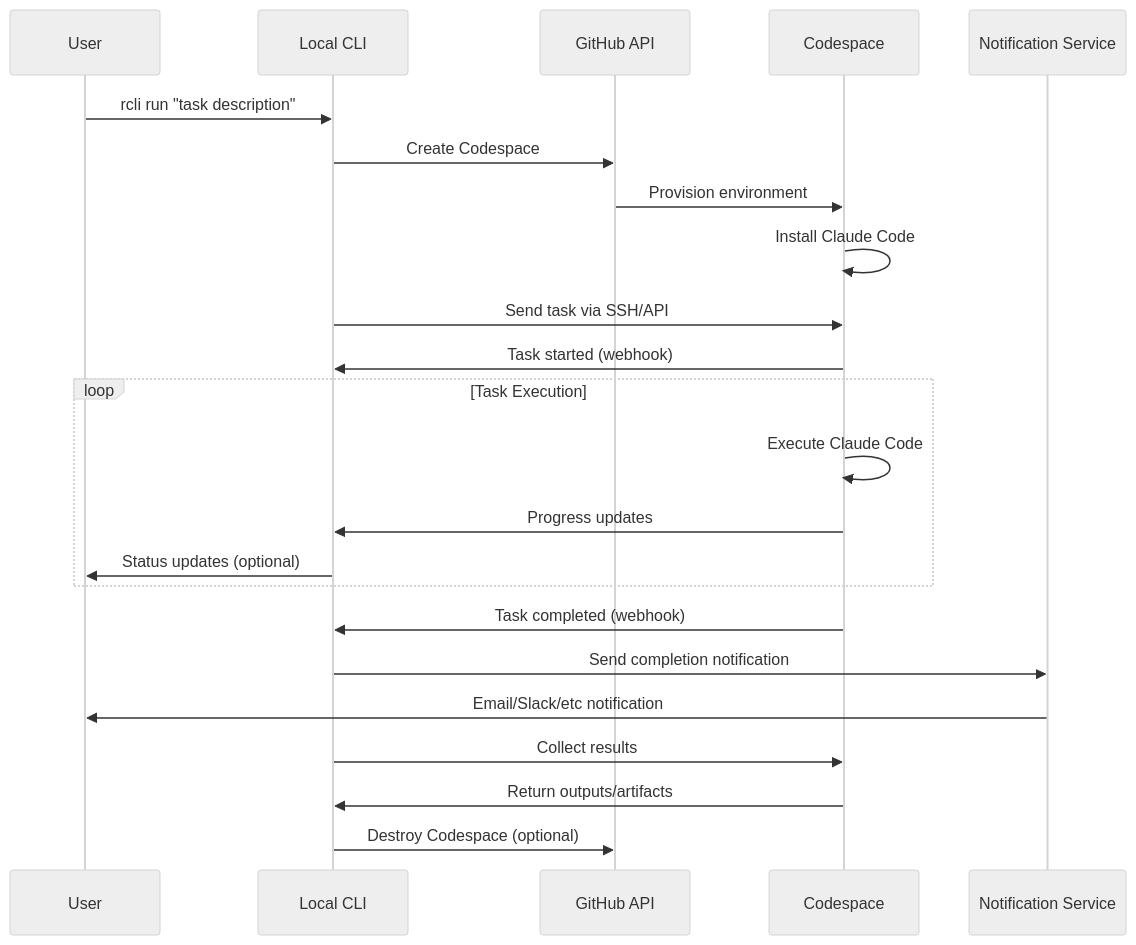
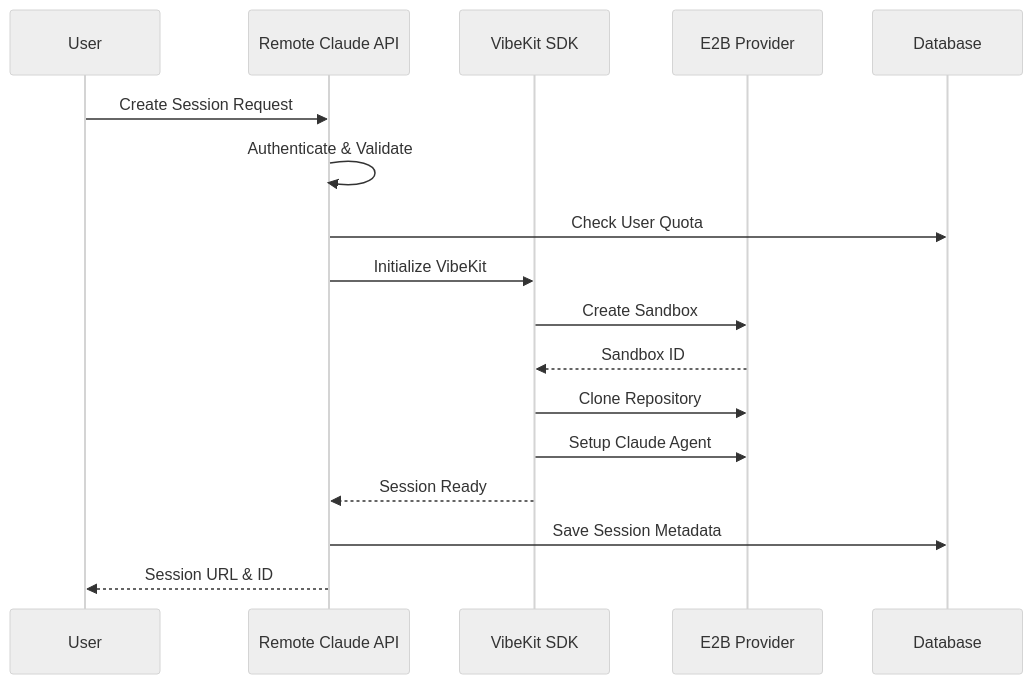
Before and after one commit to l2succes/remote-claude: the first of 2 diagrams in docs/architecture.md, drawn with Mermaid (neutral theme). The commit also changed other lines of this file and 25 other files, not shown here.

````diff
--- a/docs/architecture.md
+++ b/docs/architecture.md
@@ -65,28 +128,20 @@
 ```mermaid
 sequenceDiagram
     participant User
-    participant CLI as Local CLI
-    participant GitHub as GitHub API
-    participant Codespace
-    participant Notify as Notification Service
-
-    User->>CLI: rcli run "task description"
-    CLI->>GitHub: Create Codespace
-    GitHub->>Codespace: Provision environment
-    Codespace->>Codespace: Install Claude Code
-    CLI->>Codespace: Send task via SSH/API
-    Codespace->>CLI: Task started (webhook)
+    participant API as Remote Claude API
+    participant VK as VibeKit SDK
+    participant E2B as E2B Provider
+    participant DB as Database
     
-    loop Task Execution
-        Codespace->>Codespace: Execute Claude Code
-        Codespace->>CLI: Progress updates
-        CLI->>User: Status updates (optional)
-    end
-    
-    Codespace->>CLI: Task completed (webhook)
-    CLI->>Notify: Send completion notification
-    Notify->>User: Email/Slack/etc notification
-    CLI->>Codespace: Collect results
-    Codespace->>CLI: Return outputs/artifacts
-    CLI->>GitHub: Destroy Codespace (optional)
+    User->>API: Create Session Request
+    API->>API: Authenticate & Validate
+    API->>DB: Check User Quota
+    API->>VK: Initialize VibeKit
+    VK->>E2B: Create Sandbox
+    E2B-->>VK: Sandbox ID
+    VK->>E2B: Clone Repository
+    VK->>E2B: Setup Claude Agent
+    VK-->>API: Session Ready
+    API->>DB: Save Session Metadata
+    API-->>User: Session URL & ID
 ```
````
